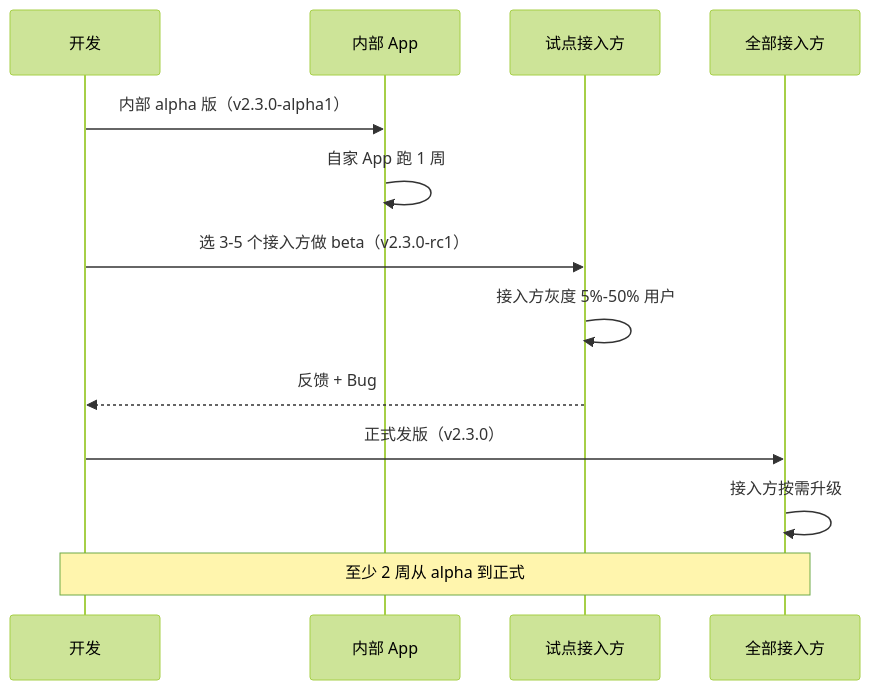
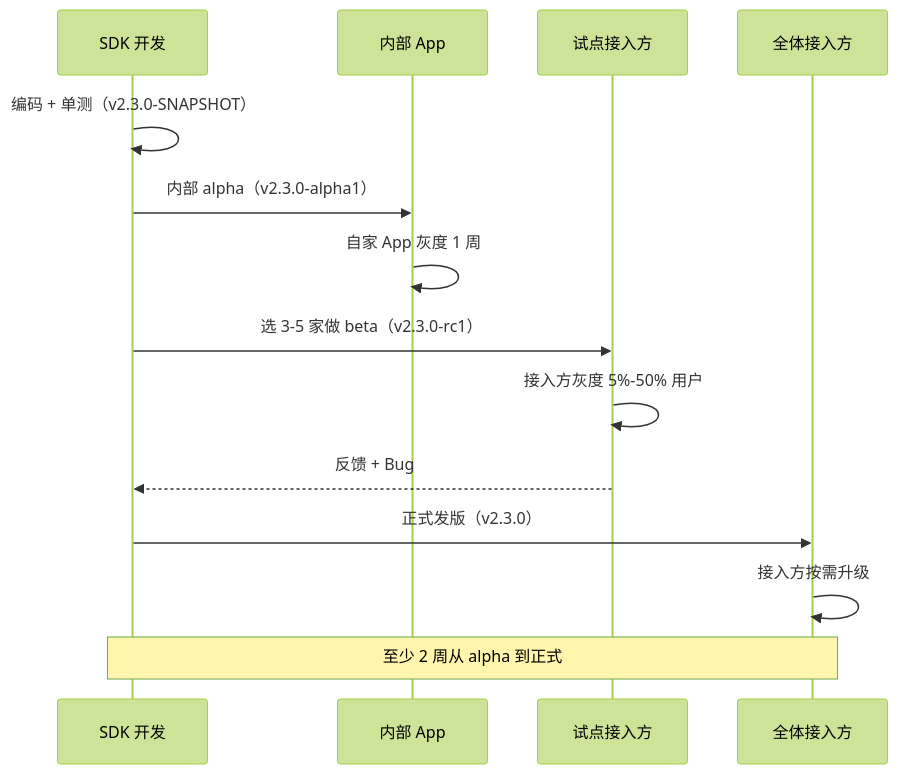
Before and after one commit to chongyang211/YCBookBlog: the fifth of 6 diagrams in docs/10.真经/05.方案设计思想/03.SDK设计与发布方案.md, drawn with Mermaid (forest theme). The commit also changed other lines of this file and 36 other files, not shown here.

````diff
--- a/docs/10.真经/05.方案设计思想/03.SDK设计与发布方案.md
+++ b/docs/10.真经/05.方案设计思想/03.SDK设计与发布方案.md
@@ -437,19 +903,20 @@
 ```mermaid
 sequenceDiagram
-    participant Dev as 开发
+    participant Dev as SDK 开发
     participant Inner as 内部 App
     participant Pilot as 试点接入方
-    participant Public as 全部接入方
+    participant Public as 全体接入方
     
-    Dev->>Inner: 内部 alpha 版（v2.3.0-alpha1）
-    Inner->>Inner: 自家 App 跑 1 周
+    Dev->>Dev: 编码 + 单测（v2.3.0-SNAPSHOT）
+    Dev->>Inner: 内部 alpha（v2.3.0-alpha1）
+    Inner->>Inner: 自家 App 灰度 1 周
     
-    Dev->>Pilot: 选 3-5 个接入方做 beta（v2.3.0-rc1）
+    Dev->>Pilot: 选 3-5 家做 beta（v2.3.0-rc1）
     Pilot->>Pilot: 接入方灰度 5%-50% 用户
     Pilot-->>Dev: 反馈 + Bug
     
     Dev->>Public: 正式发版（v2.3.0）
     Public->>Public: 接入方按需升级
     
     Note over Dev,Public: 至少 2 周从 alpha 到正式
 ```
````
